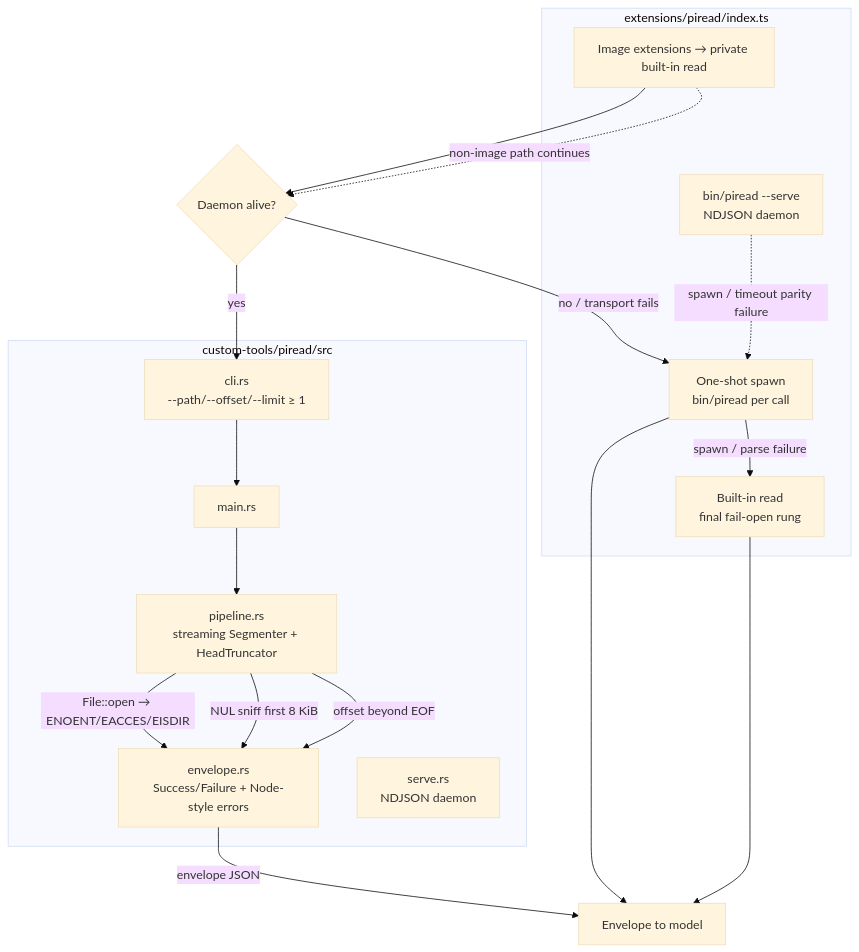
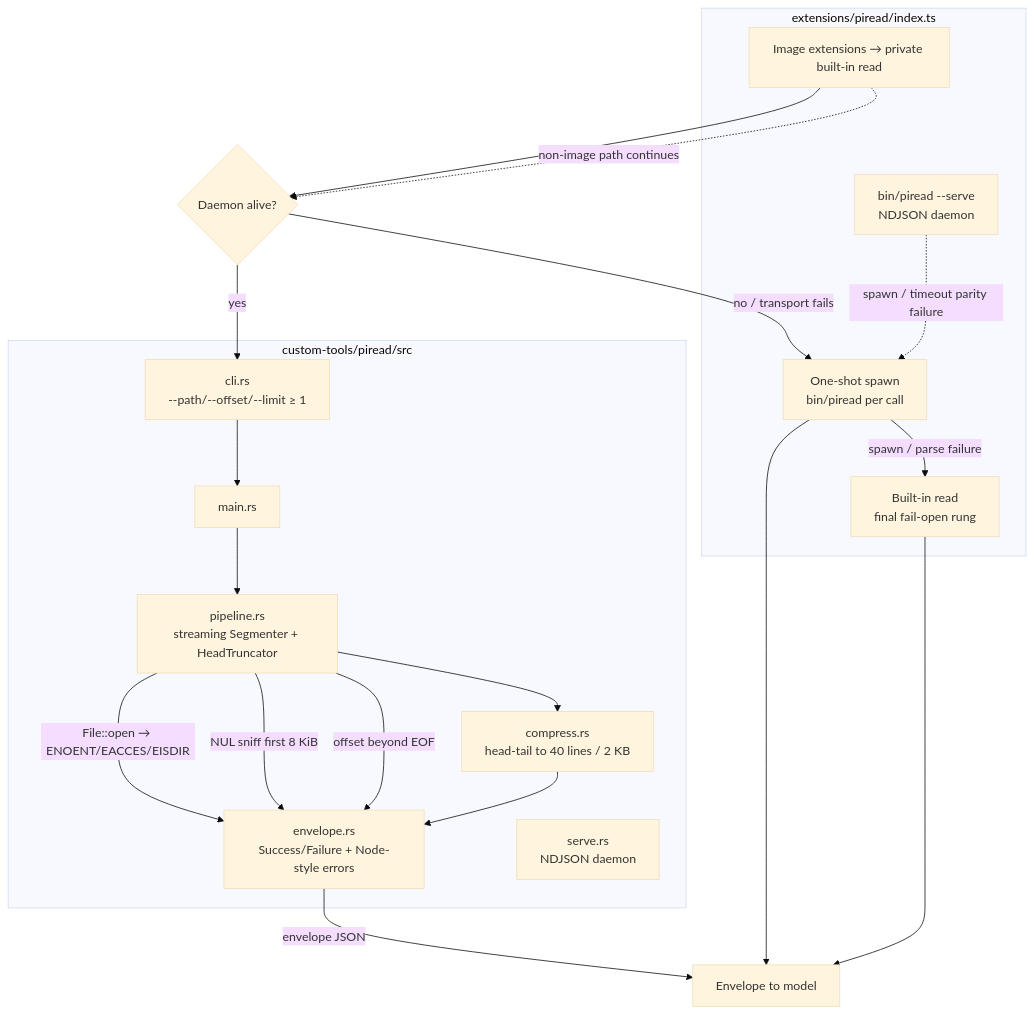
The third of 5 diagrams in docs/custom-tools-architecture.md (nurmdrafi/my-pi-coding-agent), drawn with Mermaid (base theme) before and after one commit. The commit also changed other lines of this file and 3 other files, not shown here.

````diff
--- a/docs/custom-tools-architecture.md
+++ b/docs/custom-tools-architecture.md
@@ -100,31 +378,34 @@
 ```mermaid
 flowchart TB
     subgraph EXT[extensions/piread/index.ts]
         IMG[Image extensions → private built-in read]
         OS[One-shot spawn<br/>bin/piread per call]
         BF[Built-in read<br/>final fail-open rung]
         DA[bin/piread --serve<br/>NDJSON daemon]
     end
 
     subgraph CORE[custom-tools/piread/src]
         CLI[cli.rs<br/>--path/--offset/--limit ≥ 1]
         ENV[envelope.rs<br/>Success/Failure + Node-style errors]
         PIPE[pipeline.rs<br/>streaming Segmenter + HeadTruncator]
+        COMP[compress.rs<br/>head-tail to 40 lines / 2 KB]
         SERVE[serve.rs<br/>NDJSON daemon]
         MAIN[main.rs]
     end
 
     IMG --> D{Daemon alive?}
     D -- yes --> CLI
     D -- no / transport fails --> OS
     OS -- spawn / parse failure --> BF
     CLI --> MAIN --> PIPE
     PIPE -->|File::open → ENOENT/EACCES/EISDIR| ENV
     PIPE -->|NUL sniff first 8 KiB| ENV
     PIPE -->|offset beyond EOF| ENV
+    PIPE --> COMP
+    COMP --> ENV
     ENV -->|envelope JSON| LADDER_OUT[Envelope to model]
     OS --> LADDER_OUT
     BF --> LADDER_OUT
     DA -.->|spawn / timeout parity failure| OS
     IMG -.->|non-image path continues| D
 ```
````
